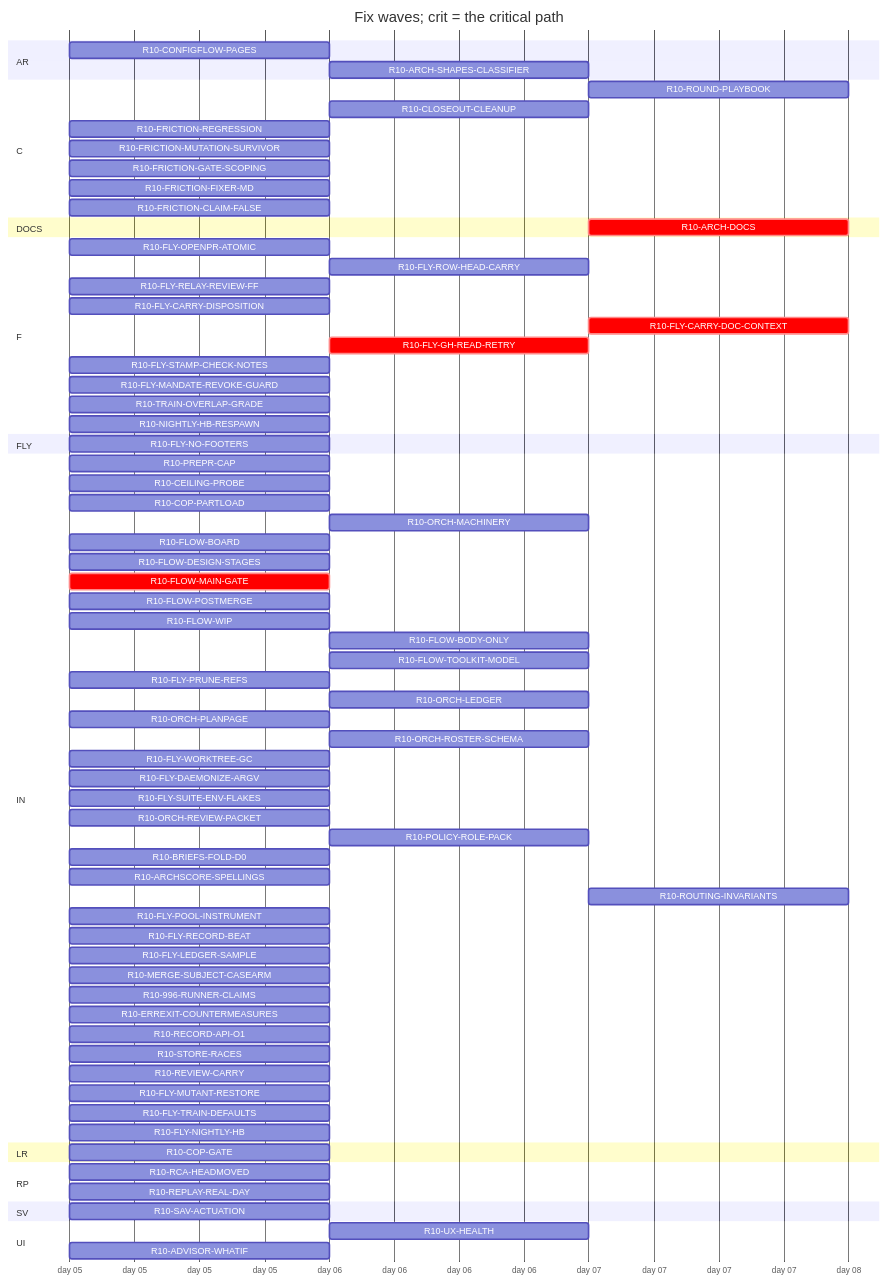
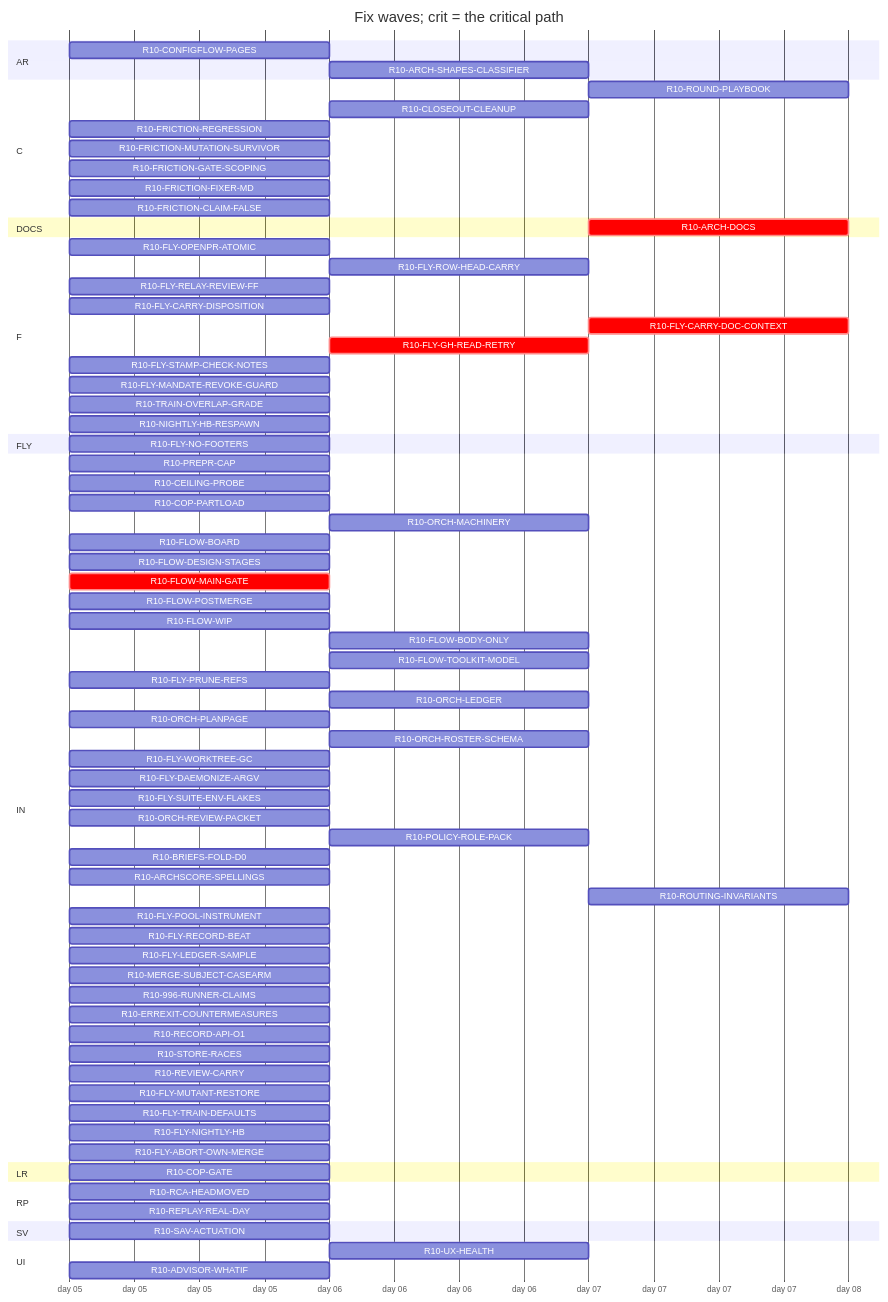
One commit to tvofi/heatpump_optimizer changed the diagram in handoff/round10/state/PLAN-TABLE.md. Above: the diagram before and after it, drawn with Mermaid. The commit also changed other lines of this file and 3 other files, not shown here.

Commit message:
state: FLOW-BOARD.md, NEXT-SESSION-PROMPT.md, PLAN-TABLE.md, RESUME-CURRENT.md regenerated (state_docs.py)

````diff
--- a/handoff/round10/state/PLAN-TABLE.md
+++ b/handoff/round10/state/PLAN-TABLE.md
@@ -23,78 +23,79 @@
 ```mermaid
 gantt
   title Fix waves; crit = the critical path
   dateFormat YYYY-MM-DD
   axisFormat day %d
   section AR
     R10-CONFIGFLOW-PAGES :r10CONFIGFLOWPAGES, 2026-01-05, 1d
     R10-ARCH-SHAPES-CLASSIFIER :r10ARCHSHAPESCLASSIFIER, after r10996RUNNERCLAIMS, 1d
   section C
     R10-ROUND-PLAYBOOK :r10ROUNDPLAYBOOK, after r10ORCHLEDGER r10ORCHPLANPAGE r10FLOWMAINGATE r10FLYRELAYREVIEWFF r10FLOWBODYONLY, 1d
     R10-CLOSEOUT-CLEANUP :r10CLOSEOUTCLEANUP, after r10FLYPRUNEREFS r10FLYWORKTREEGC, 1d
     R10-FRICTION-REGRESSION :r10FRICTIONREGRESSION, 2026-01-05, 1d
     R10-FRICTION-MUTATION-SURVIVOR :r10FRICTIONMUTATIONSURVIVOR, 2026-01-05, 1d
     R10-FRICTION-GATE-SCOPING :r10FRICTIONGATESCOPING, 2026-01-05, 1d
     R10-FRICTION-FIXER-MD :r10FRICTIONFIXERMD, 2026-01-05, 1d
     R10-FRICTION-CLAIM-FALSE :r10FRICTIONCLAIMFALSE, 2026-01-05, 1d
   section DOCS
     R10-ARCH-DOCS :crit, r10ARCHDOCS, after r10COPGATE r10UXHEALTH r10CONFIGFLOWPAGES r10RCAHEADMOVED r10CEILINGPROBE r10COPPARTLOAD r10FLOWBOARD r10FLOWDESIGNSTAGES r10FLOWPOSTMERGE r10FLOWWIP r10FLOWBODYONLY r10FLYOPENPRATOMIC r10FLYROWHEADCARRY r10FLYRELAYREVIEWFF r10FLYCARRYDISPOSITION r10FLYCARRYDOCCONTEXT r10FLOWTOOLKITMODEL r10FLYSTAMPCHECKNOTES r10FLYMANDATEREVOKEGUARD r10TRAINOVERLAPGRADE r10NIGHTLYHBRESPAWN r10FLYPRUNEREFS r10ORCHLEDGER r10ORCHPLANPAGE r10ORCHROSTERSCHEMA r10FLYWORKTREEGC r10FLYDAEMONIZEARGV r10ORCHREVIEWPACKET r10POLICYROLEPACK r10BRIEFSFOLDD0 r10REPLAYREALDAY r10ARCHSCORESPELLINGS r10SAVACTUATION r10FLYLEDGERSAMPLE, 1d
   section F
     R10-FLY-OPENPR-ATOMIC :r10FLYOPENPRATOMIC, 2026-01-05, 1d
     R10-FLY-ROW-HEAD-CARRY :r10FLYROWHEADCARRY, after r10FLYOPENPRATOMIC, 1d
     R10-FLY-RELAY-REVIEW-FF :r10FLYRELAYREVIEWFF, 2026-01-05, 1d
     R10-FLY-CARRY-DISPOSITION :r10FLYCARRYDISPOSITION, 2026-01-05, 1d
     R10-FLY-CARRY-DOC-CONTEXT :crit, r10FLYCARRYDOCCONTEXT, after r10FLYGHREADRETRY, 1d
     R10-FLY-GH-READ-RETRY :crit, r10FLYGHREADRETRY, after r10FLOWMAINGATE, 1d
     R10-FLY-STAMP-CHECK-NOTES :r10FLYSTAMPCHECKNOTES, 2026-01-05, 1d
     R10-FLY-MANDATE-REVOKE-GUARD :r10FLYMANDATEREVOKEGUARD, 2026-01-05, 1d
     R10-TRAIN-OVERLAP-GRADE :r10TRAINOVERLAPGRADE, 2026-01-05, 1d
     R10-NIGHTLY-HB-RESPAWN :r10NIGHTLYHBRESPAWN, 2026-01-05, 1d
   section FLY
     R10-FLY-NO-FOOTERS :r10FLYNOFOOTERS, 2026-01-05, 1d
   section IN
     R10-PREPR-CAP :r10PREPRCAP, 2026-01-05, 1d
     R10-CEILING-PROBE :r10CEILINGPROBE, 2026-01-05, 1d
     R10-COP-PARTLOAD :r10COPPARTLOAD, 2026-01-05, 1d
     R10-ORCH-MACHINERY :r10ORCHMACHINERY, after r10FLOWMAINGATE, 1d
     R10-FLOW-BOARD :r10FLOWBOARD, 2026-01-05, 1d
     R10-FLOW-DESIGN-STAGES :r10FLOWDESIGNSTAGES, 2026-01-05, 1d
     R10-FLOW-MAIN-GATE :crit, r10FLOWMAINGATE, 2026-01-05, 1d
     R10-FLOW-POSTMERGE :r10FLOWPOSTMERGE, 2026-01-05, 1d
     R10-FLOW-WIP :r10FLOWWIP, 2026-01-05, 1d
     R10-FLOW-BODY-ONLY :r10FLOWBODYONLY, after r10FLYOPENPRATOMIC, 1d
     R10-FLOW-TOOLKIT-MODEL :r10FLOWTOOLKITMODEL, after r10ORCHPLANPAGE, 1d
     R10-FLY-PRUNE-REFS :r10FLYPRUNEREFS, 2026-01-05, 1d
     R10-ORCH-LEDGER :r10ORCHLEDGER, after r10FLOWMAINGATE, 1d
     R10-ORCH-PLANPAGE :r10ORCHPLANPAGE, 2026-01-05, 1d
     R10-ORCH-ROSTER-SCHEMA :r10ORCHROSTERSCHEMA, after r10FLOWMAINGATE, 1d
     R10-FLY-WORKTREE-GC :r10FLYWORKTREEGC, 2026-01-05, 1d
     R10-FLY-DAEMONIZE-ARGV :r10FLYDAEMONIZEARGV, 2026-01-05, 1d
     R10-FLY-SUITE-ENV-FLAKES :r10FLYSUITEENVFLAKES, 2026-01-05, 1d
     R10-ORCH-REVIEW-PACKET :r10ORCHREVIEWPACKET, 2026-01-05, 1d
     R10-POLICY-ROLE-PACK :r10POLICYROLEPACK, after r10FLOWDESIGNSTAGES, 1d
     R10-BRIEFS-FOLD-D0 :r10BRIEFSFOLDD0, 2026-01-05, 1d
     R10-ARCHSCORE-SPELLINGS :r10ARCHSCORESPELLINGS, 2026-01-05, 1d
     R10-ROUTING-INVARIANTS :r10ROUTINGINVARIANTS, after r10ORCHROSTERSCHEMA, 1d
     R10-FLY-POOL-INSTRUMENT :r10FLYPOOLINSTRUMENT, 2026-01-05, 1d
     R10-FLY-RECORD-BEAT :r10FLYRECORDBEAT, 2026-01-05, 1d
     R10-FLY-LEDGER-SAMPLE :r10FLYLEDGERSAMPLE, 2026-01-05, 1d
     R10-MERGE-SUBJECT-CASEARM :r10MERGESUBJECTCASEARM, 2026-01-05, 1d
     R10-996-RUNNER-CLAIMS :r10996RUNNERCLAIMS, 2026-01-05, 1d
     R10-ERREXIT-COUNTERMEASURES :r10ERREXITCOUNTERMEASURES, 2026-01-05, 1d
     R10-RECORD-API-O1 :r10RECORDAPIO1, 2026-01-05, 1d
     R10-STORE-RACES :r10STORERACES, 2026-01-05, 1d
     R10-REVIEW-CARRY :r10REVIEWCARRY, 2026-01-05, 1d
     R10-FLY-MUTANT-RESTORE :r10FLYMUTANTRESTORE, 2026-01-05, 1d
     R10-FLY-TRAIN-DEFAULTS :r10FLYTRAINDEFAULTS, 2026-01-05, 1d
     R10-FLY-NIGHTLY-HB :r10FLYNIGHTLYHB, 2026-01-05, 1d
+    R10-FLY-ABORT-OWN-MERGE :r10FLYABORTOWNMERGE, 2026-01-05, 1d
   section LR
     R10-COP-GATE :r10COPGATE, 2026-01-05, 1d
   section RP
     R10-RCA-HEADMOVED :r10RCAHEADMOVED, 2026-01-05, 1d
     R10-REPLAY-REAL-DAY :r10REPLAYREALDAY, 2026-01-05, 1d
   section SV
     R10-SAV-ACTUATION :r10SAVACTUATION, 2026-01-05, 1d
   section UI
     R10-UX-HEALTH :r10UXHEALTH, after r10COPGATE, 1d
     R10-ADVISOR-WHATIF :r10ADVISORWHATIF, 2026-01-05, 1d
 ```
````
